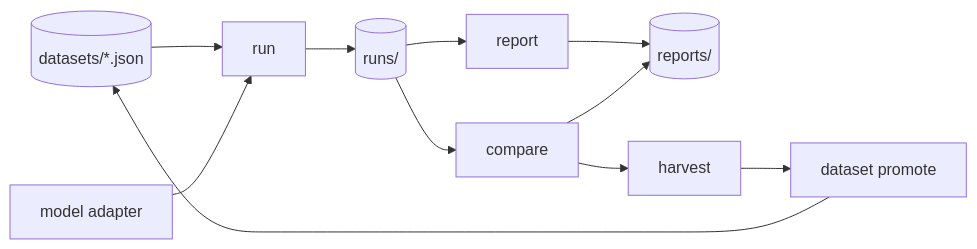
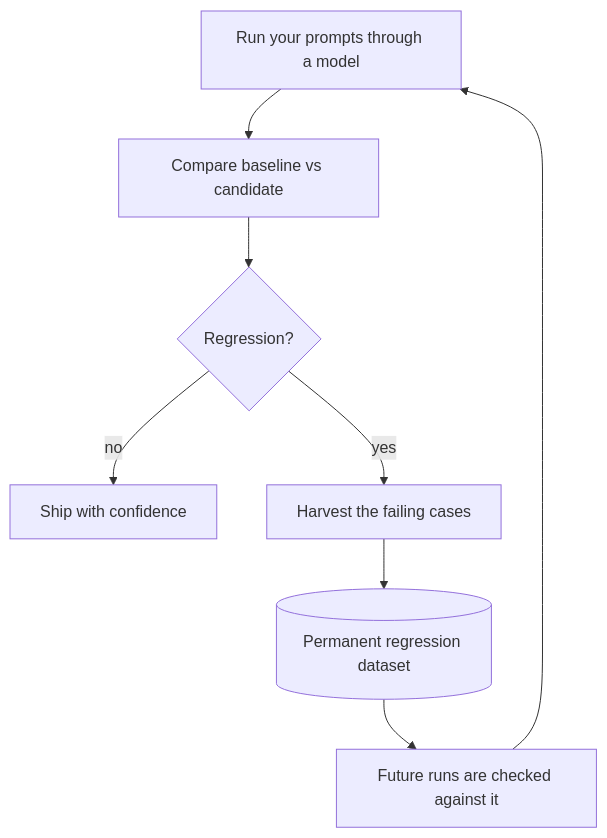
The diagram in README.md (Padraigobrien08/model-failure-lab), drawn with Mermaid before and after one commit. The commit also changed other lines of this file and 11 other files, not shown here.

````diff
--- a/README.md
+++ b/README.md
@@ -128,9 +28,10 @@
 ```mermaid
-flowchart LR
-    DATA[(datasets/*.json)] --> RUN[run]
-    ADP[model adapter] --> RUN
-    RUN --> RUNS[(runs/)]
-    RUNS --> REP[report] --> REPORTS[(reports/)]
-    RUNS --> CMP[compare] --> REPORTS
-    CMP --> HARV[harvest] --> PROM[dataset promote] --> DATA
+flowchart TD
+    RUN[Run your prompts through a model] --> COMPARE[Compare baseline vs candidate]
+    COMPARE --> Q{Regression?}
+    Q -- no --> SHIP[Ship with confidence]
+    Q -- yes --> HARVEST[Harvest the failing cases]
+    HARVEST --> DATASET[(Permanent regression dataset)]
+    DATASET --> FUTURE[Future runs are checked against it]
+    FUTURE --> RUN
 ```
````
